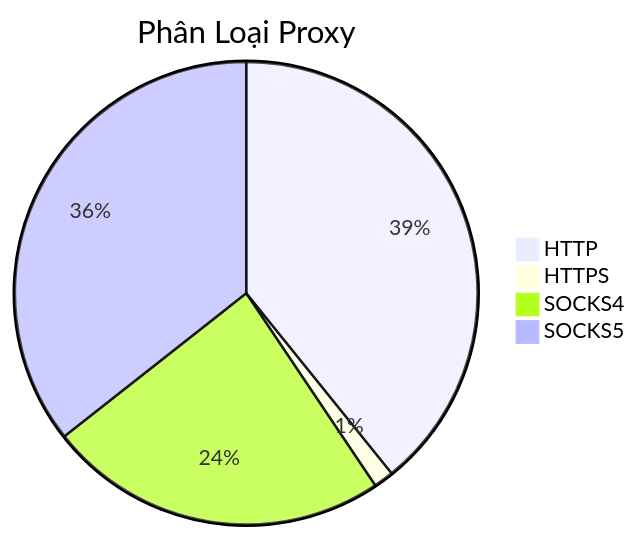
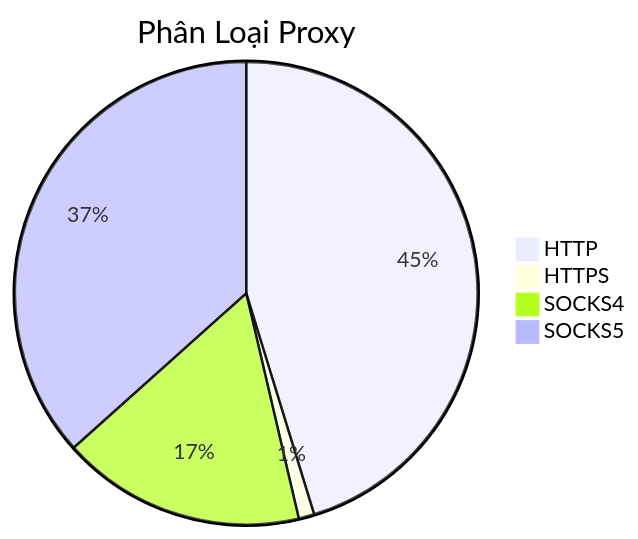
Before and after one commit to Ciara-Aa/PROXY-free: the diagram in README.md, drawn with Mermaid. The commit also changed other lines of this file and 4 other files, not shown here.

````diff
--- a/README.md
+++ b/README.md
@@ -26,7 +26,7 @@
 ```mermaid
 pie title Phân Loại Proxy
-    "HTTP" : 252
+    "HTTP" : 372
     "HTTPS" : 9
-    "SOCKS4" : 153
-    "SOCKS5" : 229
+    "SOCKS4" : 140
+    "SOCKS5" : 301
 ```
````
